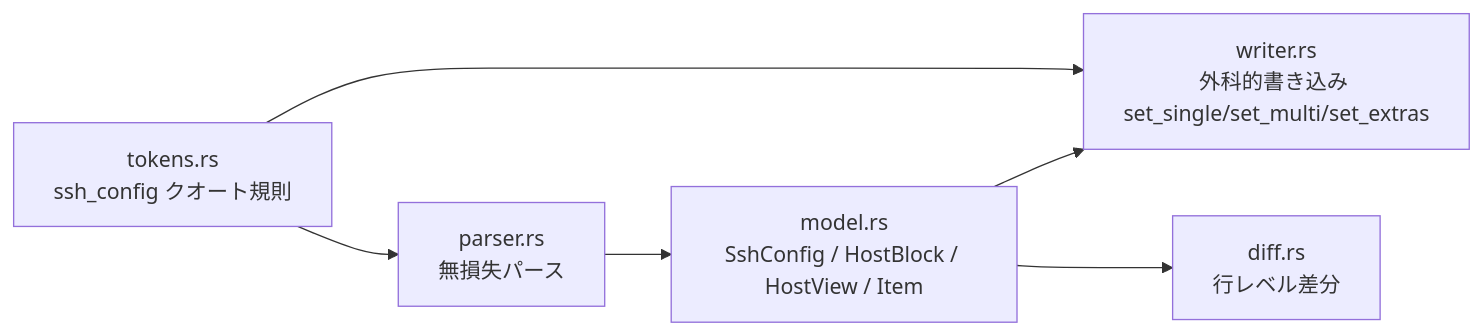
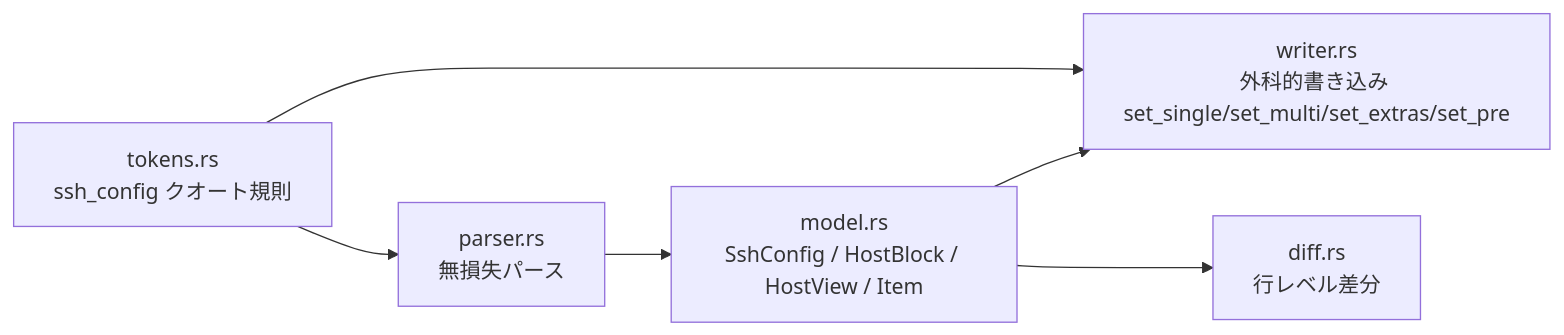
The diagram in docs/design/config.md (nakaba-lab/ssh-manager-tui), drawn with Mermaid before and after one commit. The commit also changed other lines of this file and 9 other files, not shown here.

````diff
--- a/docs/design/config.md
+++ b/docs/design/config.md
@@ -19,8 +17,8 @@
 ```mermaid
 flowchart LR
     parser[parser.rs<br/>無損失パース] --> model[model.rs<br/>SshConfig / HostBlock / HostView / Item]
-    model --> writer[writer.rs<br/>外科的書き込み set_single/set_multi/set_extras]
+    model --> writer[writer.rs<br/>外科的書き込み set_single/set_multi/set_extras/set_pre]
     model --> diff[diff.rs<br/>行レベル差分]
     tokens[tokens.rs<br/>ssh_config クオート規則] --> parser
     tokens --> writer
 ```
````
